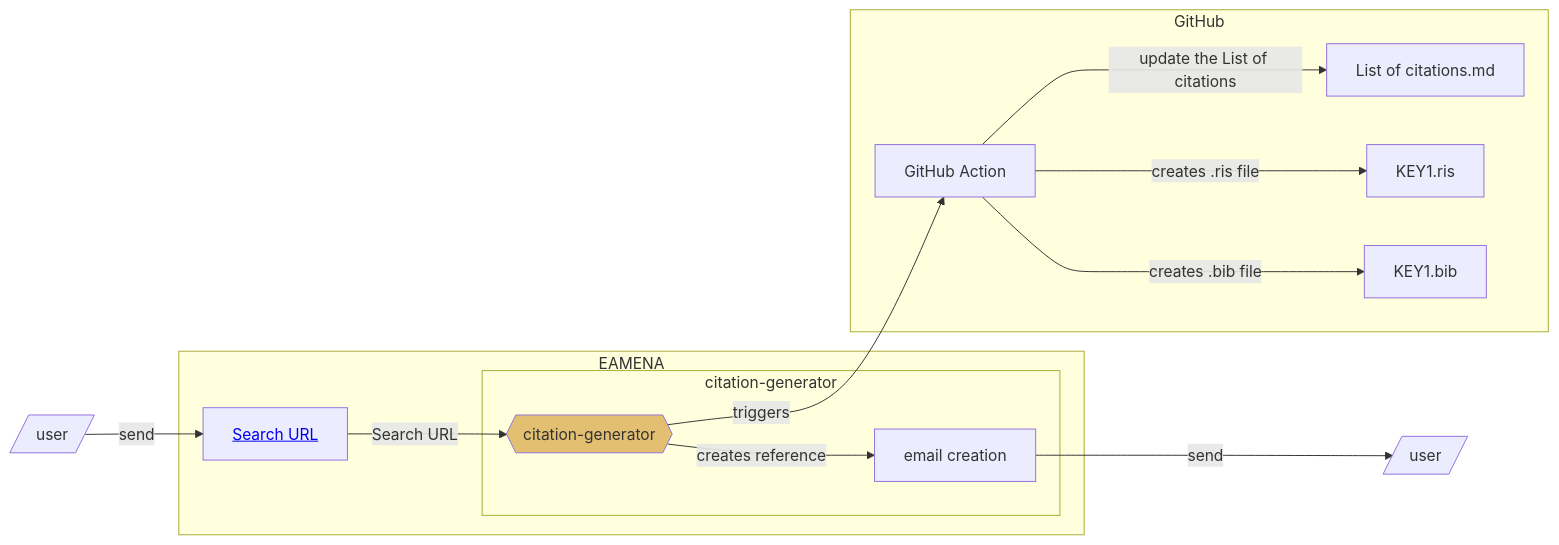
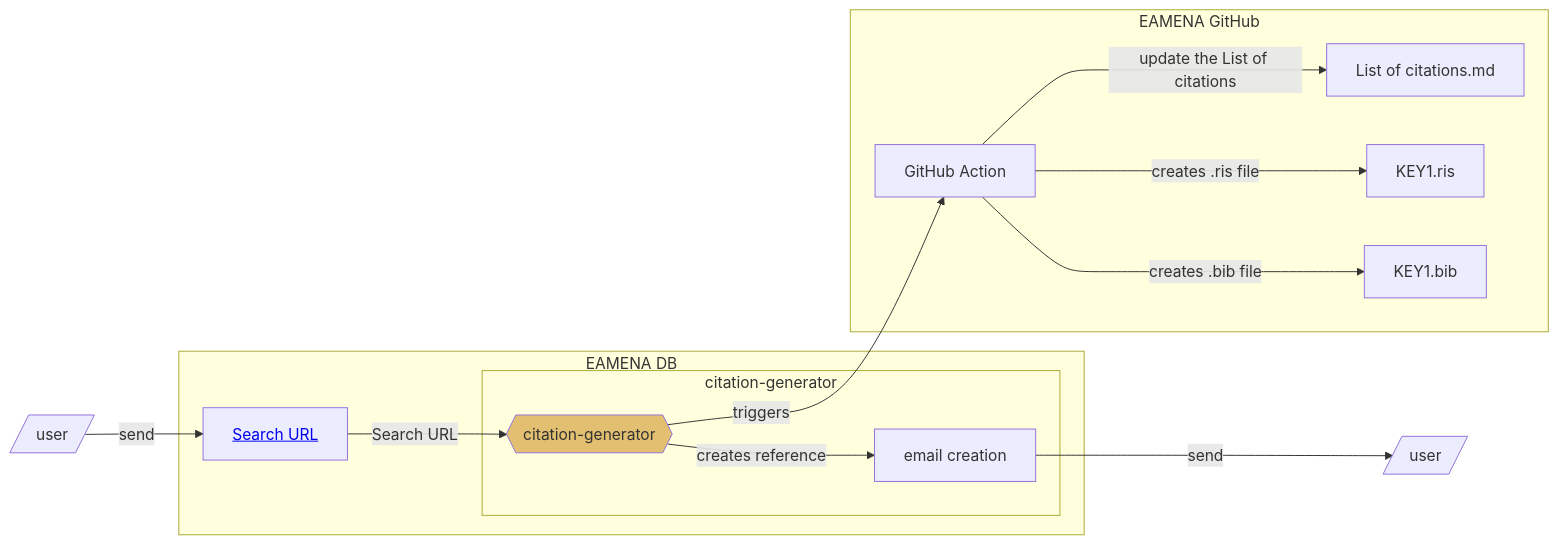
The second of 2 diagrams in data/bibref/README.md (eamena-project/eamena-arches-dev), drawn with Mermaid before and after one commit. The commit also changed other lines of this file, not shown here.

Commit message:
citation README

````diff
--- a/data/bibref/README.md
+++ b/data/bibref/README.md
@@ -37,18 +37,18 @@
 ```mermaid
 flowchart LR
 	U[/user/] -- send --> A[<a href='https://github.com/eamena-project/eamena-arches-dev/blob/main/dbs/database.eamena/docs/notes/Arches%207%20Upgrade.md#splitchunk'>Search URL</a>];
-	subgraph EAMENA
+	subgraph EAMENA DB
 	A --Search URL--> G{{citation-generator}}:::eamenaFunc;
 		subgraph citation-generator
 		G -- creates reference --> H[email creation];
 		end
 	end
 	G -- triggers --> F[GitHub Action]
 	H -- send --> Z[/user/];
-	subgraph GitHub
+	subgraph EAMENA GitHub
 	F -- update the List of citations --> I[List of citations.md]
 	F -- creates .ris file --> J[KEY1.ris]
 	F -- creates .bib file --> K[KEY1.bib]
 	end
 	classDef eamenaFunc fill:#e3c071;
 ```
````
